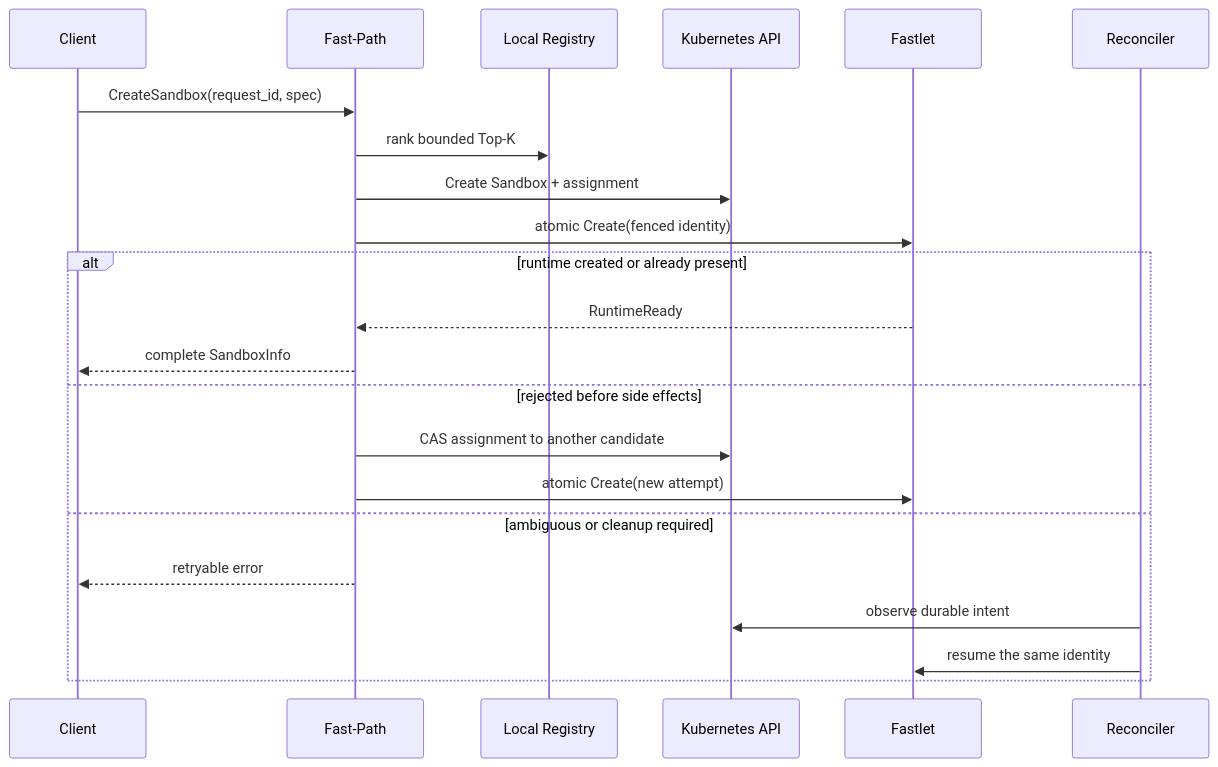
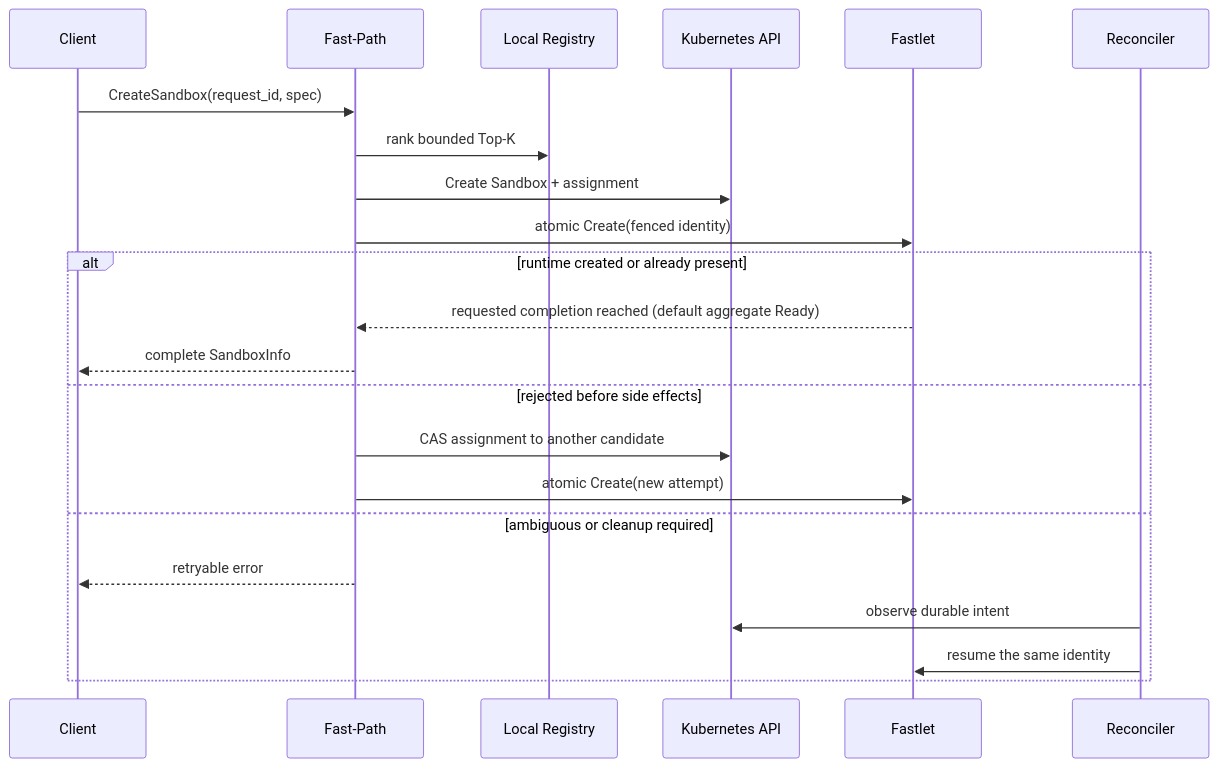
Before and after one commit to Pangjiping/fast-sandbox: the diagram in docs/concepts/control-plane.md, drawn with Mermaid. The commit also changed other lines of this file and 120 other files, not shown here.

````diff
--- a/docs/concepts/control-plane.md
+++ b/docs/concepts/control-plane.md
@@ -38,25 +38,25 @@
 ```mermaid
 sequenceDiagram
   participant C as Client
   participant F as Fast-Path
   participant R as Local Registry
   participant K as Kubernetes API
   participant L as Fastlet
   participant RC as Reconciler
 
   C->>F: CreateSandbox(request_id, spec)
   F->>R: rank bounded Top-K
   F->>K: Create Sandbox + assignment
   F->>L: atomic Create(fenced identity)
   alt runtime created or already present
-    L-->>F: RuntimeReady
+    L-->>F: requested completion reached (default aggregate Ready)
     F-->>C: complete SandboxInfo
   else rejected before side effects
     F->>K: CAS assignment to another candidate
     F->>L: atomic Create(new attempt)
   else ambiguous or cleanup required
     F-->>C: retryable error
     RC->>K: observe durable intent
     RC->>L: resume the same identity
   end
 ```
````
